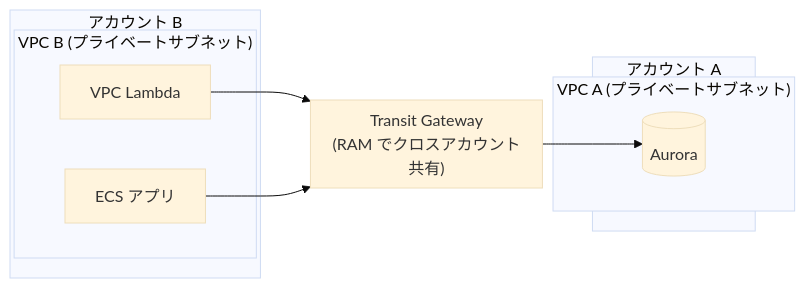
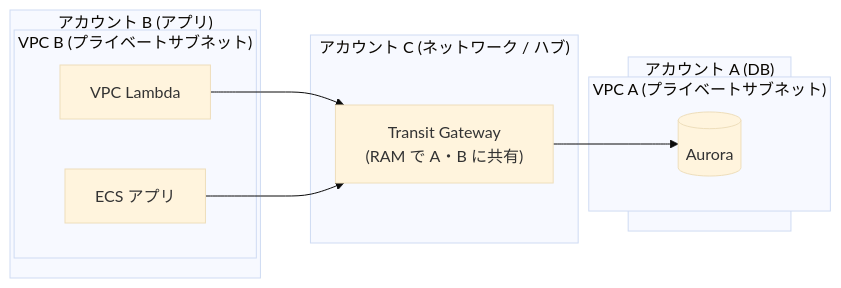
Before and after one commit to baisonhero/study-board: the first of 2 diagrams in content/notes/Transit Gateway で複数 AWS アカウントを接続する.md, drawn with Mermaid (base theme). The commit also changed other lines of this file, not shown here.

Commit message:
content: TGW ノート 3 アカウント構成版を同期

````diff
--- a/content/notes/Transit Gateway で複数 AWS アカウントを接続する.md
+++ b/content/notes/Transit Gateway で複数 AWS アカウントを接続する.md
@@ -21,22 +22,23 @@
 ```mermaid
 flowchart LR
-  subgraph AcctB["アカウント B"]
+  subgraph AcctB["アカウント B (アプリ)"]
     subgraph VpcB["VPC B (プライベートサブネット)"]
       LambdaB["VPC Lambda"]
       EcsB["ECS アプリ"]
     end
   end
 
-  subgraph TGW["Transit Gateway<br/>(RAM でクロスアカウント共有)"]
+  subgraph AcctC["アカウント C (ネットワーク / ハブ)"]
+    TGW["Transit Gateway<br/>(RAM で A・B に共有)"]
   end
 
-  subgraph AcctA["アカウント A"]
+  subgraph AcctA["アカウント A (DB)"]
     subgraph VpcA["VPC A (プライベートサブネット)"]
       Aurora[("Aurora")]
     end
   end
 
   LambdaB --> TGW
   EcsB --> TGW
   TGW --> Aurora
 ```
````
